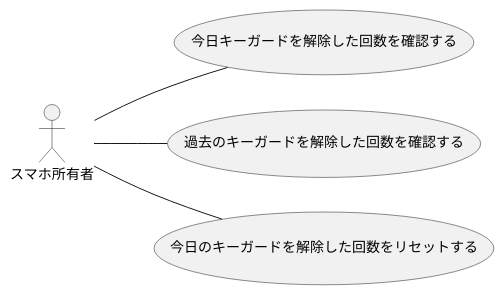
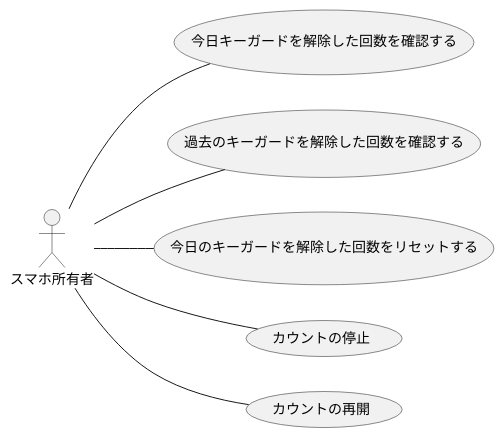
The diagram in design/usecase.pu (dotechan/UserPresentCounter), drawn with PlantUML before and after one commit.

Commit message:
Fix usecase diagram.

```diff
--- a/design/usecase.pu
+++ b/design/usecase.pu
@@ -1,28 +1,32 @@
 @startuml
 
 ' == メリット ==
 ' 1. 顧客の要求を明確化できる
 ' 2. システムの範囲（できること・できないこと）を明確化できる
 
 ' == ポイント ==
 ' システム利用者（アクター）視点で書く
 ' シンプルに書く
 ' 機能分割しない（機能仕様ではない）
 ' ユースケースの粒度を統一する
 ' 表現を統一する
 
 left to right direction
 skinparam shadowing false
 
 ' ======================================================
 actor スマホ所有者
 
 usecase 今日キーガードを解除した回数を確認する as UC1
 usecase 過去のキーガードを解除した回数を確認する as UC2
 usecase 今日のキーガードを解除した回数をリセットする as UC3
+usecase カウントの停止 as UC4
+usecase カウントの再開 as UC5
 ' ======================================================
 スマホ所有者 -- UC1
 スマホ所有者 -- UC2
 スマホ所有者 -- UC3
+スマホ所有者 -- UC4
+スマホ所有者 -- UC5
 
 @enduml
```
